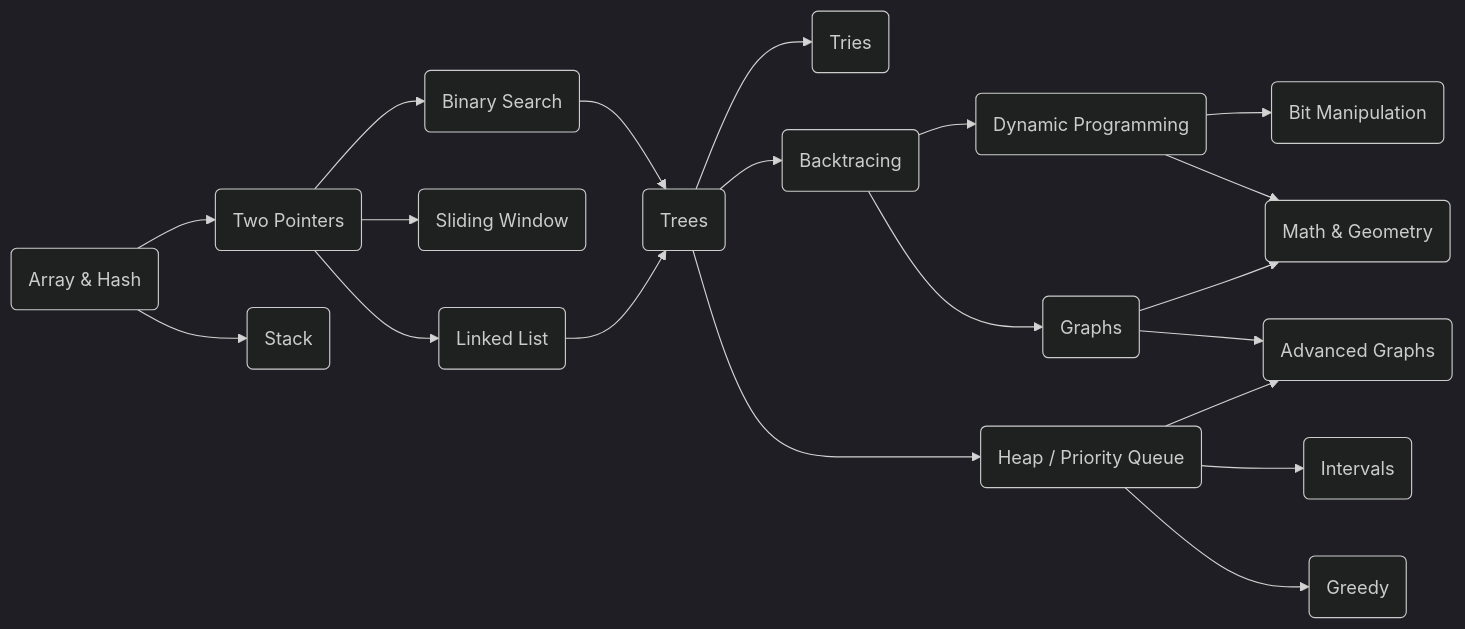
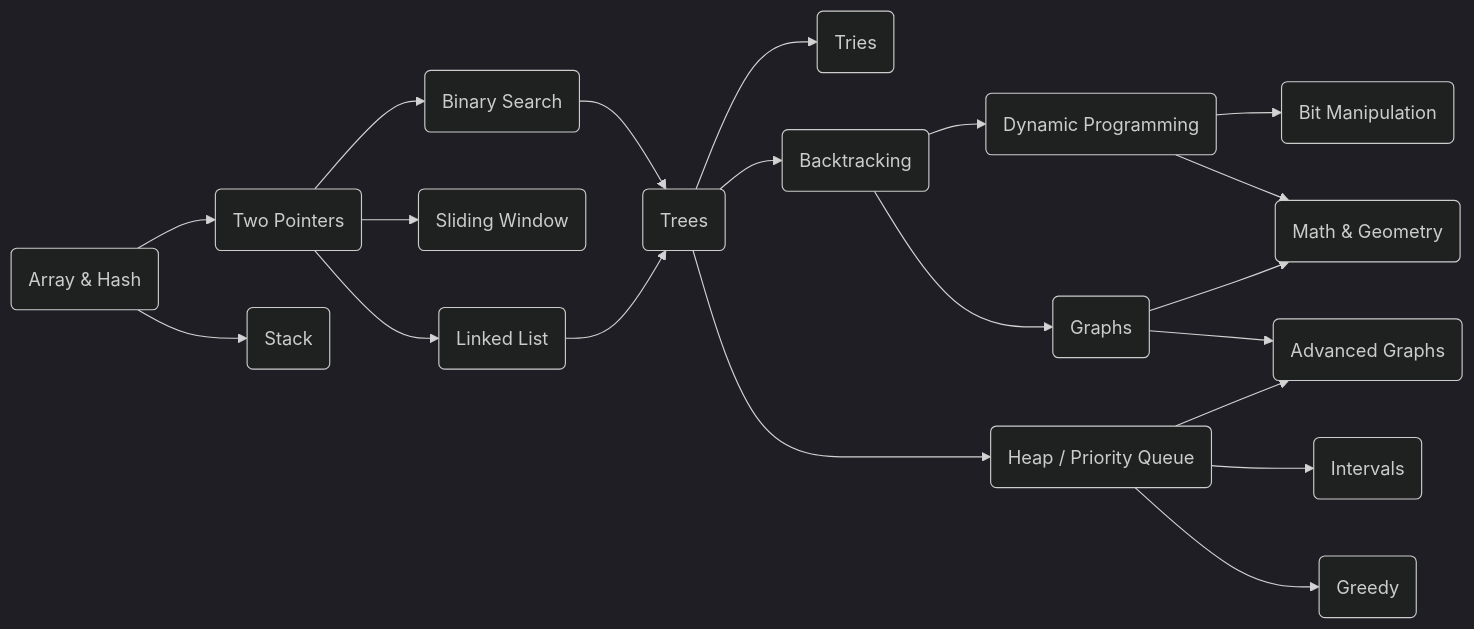
One commit to whisperpine/leetcode-rs changed the diagram in README.md. Above: the diagram before and after it, drawn with Mermaid (dark theme). The commit also changed other lines of this file and 1 other file, not shown here.

````diff
--- a/README.md
+++ b/README.md
@@ -12,48 +12,48 @@
 ```mermaid
 flowchart LR
   array_hash("Array & Hash")
   two_pointers("Two Pointers")
   stack("Stack")
   binary_search("Binary Search")
   sliding_window("Sliding Window")
   linked_list("Linked List")
   trees("Trees")
   tries("Tries")
-  backtracing("Backtracing")
+  backtracking("Backtracking")
   %% heap("Heap")
   heap("Heap / Priority Queue")
   graphs("Graphs")
   %% dp("DP")
   dp("Dynamic Programming")
   bit("Bit Manipulation")
   math("Math & Geometry")
   intervals("Intervals")
   greedy("Greedy")
   advanced_graphs("Advanced Graphs")
 
   array_hash --> two_pointers
   array_hash --> stack
 
   two_pointers --> binary_search
   two_pointers --> sliding_window
   two_pointers --> linked_list
 
   binary_search --> trees
   linked_list --> trees
 
   trees --> tries
-  trees --> backtracing
+  trees --> backtracking
   trees --> heap
 
-  backtracing --> dp
-  backtracing --> graphs
+  backtracking --> dp
+  backtracking --> graphs
 
   dp --> bit
   dp --> math
   graphs --> math
 
   graphs --> advanced_graphs
   heap --> advanced_graphs
   heap --> intervals
   heap --> greedy
 ```
````
